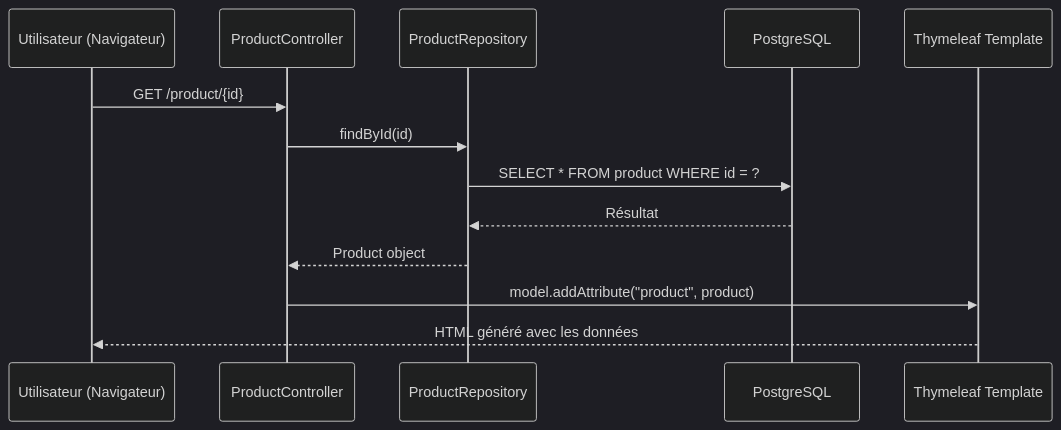
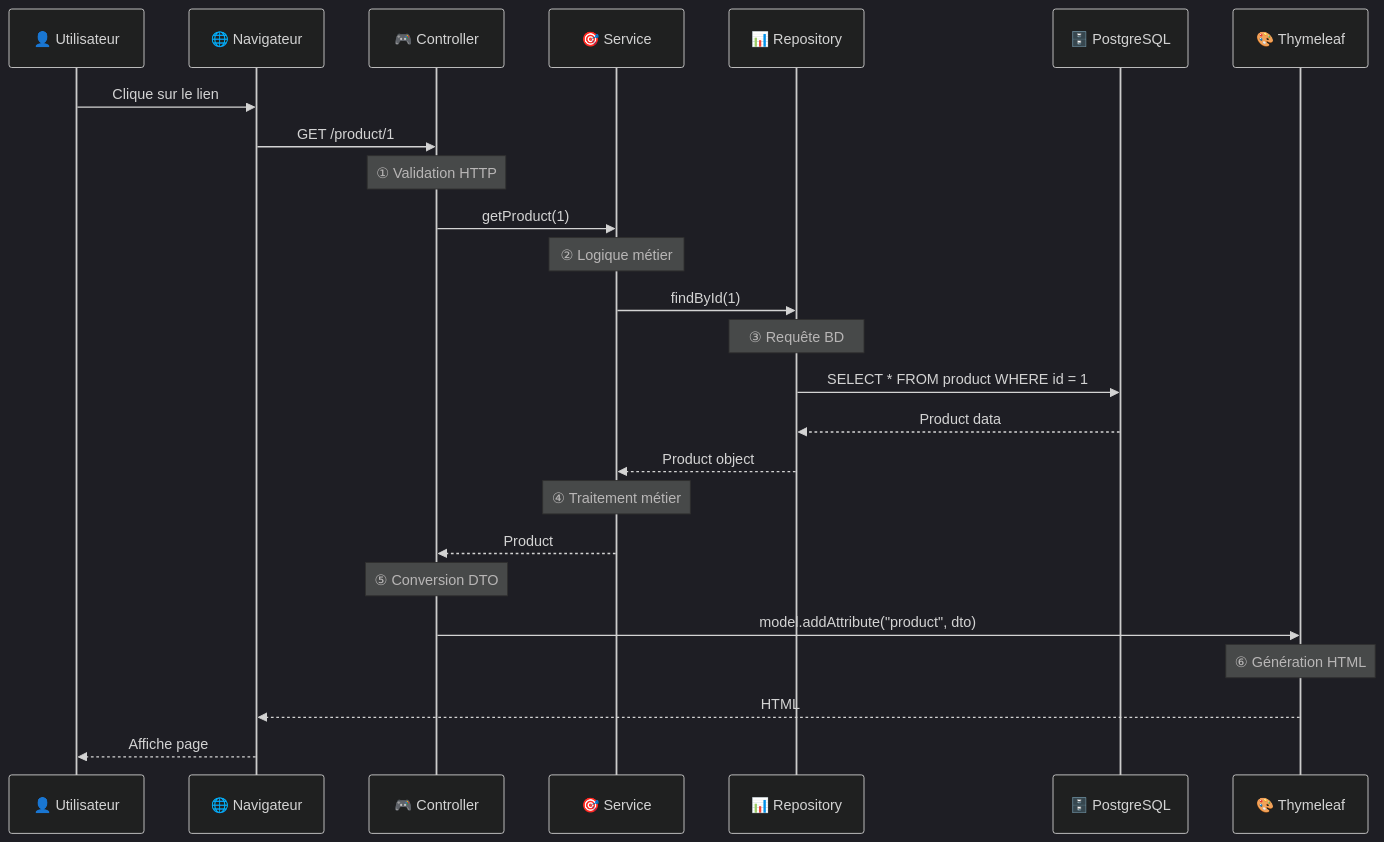
Before and after one commit to ByaSebastien/TF_Java_2026_IntroSpringMVC: the third of 3 diagrams in README.md, drawn with Mermaid (dark theme). The commit also changed other lines of this file, not shown here.

````diff
--- a/README.md
+++ b/README.md
@@ -103,16 +300,34 @@
 ```mermaid
 sequenceDiagram
-    participant User as Utilisateur (Navigateur)
-    participant Controller as ProductController
-    participant Repo as ProductRepository
-    participant DB as PostgreSQL
-    participant View as Thymeleaf Template
+    participant User as 👤 Utilisateur
+    participant Browser as 🌐 Navigateur
+    participant Controller as 🎮 Controller
+    participant Service as 🎯 Service
+    participant Repo as 📊 Repository
+    participant DB as 🗄️ PostgreSQL
+    participant View as 🎨 Thymeleaf
 
-    User->>Controller: GET /product/{id}
-    Controller->>Repo: findById(id)
-    Repo->>DB: SELECT * FROM product WHERE id = ?
-    DB-->>Repo: Résultat
-    Repo-->>Controller: Product object
-    Controller->>View: model.addAttribute("product", product)
-    View-->>User: HTML généré avec les données
+    User->>Browser: Clique sur le lien
+    Browser->>Controller: GET /product/1
+    
+    Note over Controller: ① Validation HTTP
+    Controller->>Service: getProduct(1)
+    
+    Note over Service: ② Logique métier
+    Service->>Repo: findById(1)
+    
+    Note over Repo: ③ Requête BD
+    Repo->>DB: SELECT * FROM product WHERE id = 1
+    DB-->>Repo: Product data
+    Repo-->>Service: Product object
+    
+    Note over Service: ④ Traitement métier
+    Service-->>Controller: Product
+    
+    Note over Controller: ⑤ Conversion DTO
+    Controller->>View: model.addAttribute("product", dto)
+    
+    Note over View: ⑥ Génération HTML
+    View-->>Browser: HTML
+    Browser-->>User: Affiche page
 ```
````
